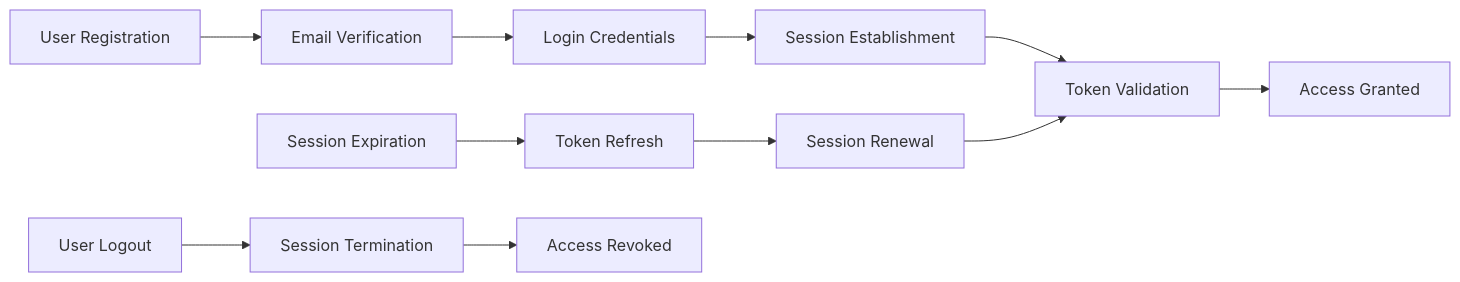
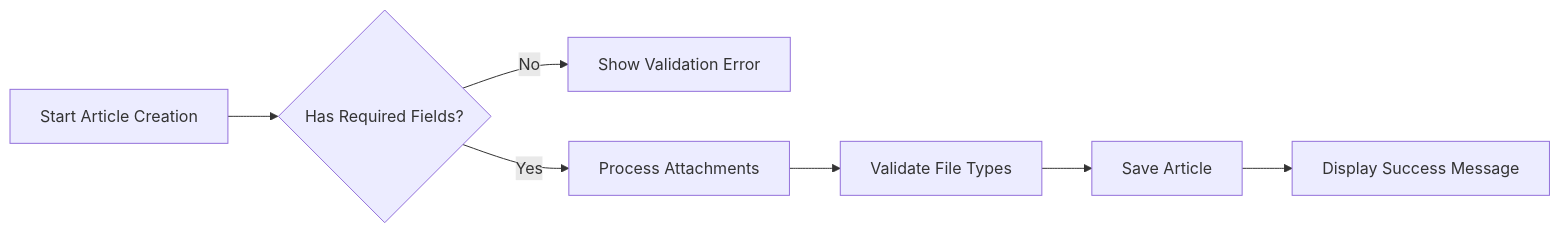
One commit to wrtnlabs/autobe-examples changed the diagram in deepseek/deepseek-v3.1-terminus-exacto/bbs/docs/analysis/02-user-actors-authentication.md. Above: the diagram before and after it, drawn with Mermaid. The commit also changed other lines of this file and 11104 other files, not shown here.

````diff
--- a/deepseek/deepseek-v3.1-terminus-exacto/bbs/docs/analysis/02-user-actors-authentication.md
+++ b/deepseek/deepseek-v3.1-terminus-exacto/bbs/docs/analysis/02-user-actors-authentication.md
@@ -44,15 +112,9 @@
 ```mermaid
 graph LR
-  A["User Registration"] --> B["Email Verification"]
-  B --> C["Login Credentials"]
-  C --> D["Session Establishment"]
-  D --> E["Token Validation"]
-  E --> F["Access Granted"]
-  
-  G["Session Expiration"] --> H["Token Refresh"]
-  H --> I["Session Renewal"]
-  I --> E
-  
-  J["User Logout"] --> K["Session Termination"]
-  K --> L["Access Revoked"]
+  A["Start Article Creation"] --> B{"Has Required Fields?"}
+  B -->|"No"| C["Show Validation Error"]
+  B -->|"Yes"| D["Process Attachments"]
+  D --> E["Validate File Types"]
+  E --> F["Save Article"]
+  F --> G["Display Success Message"]
 ```
````
